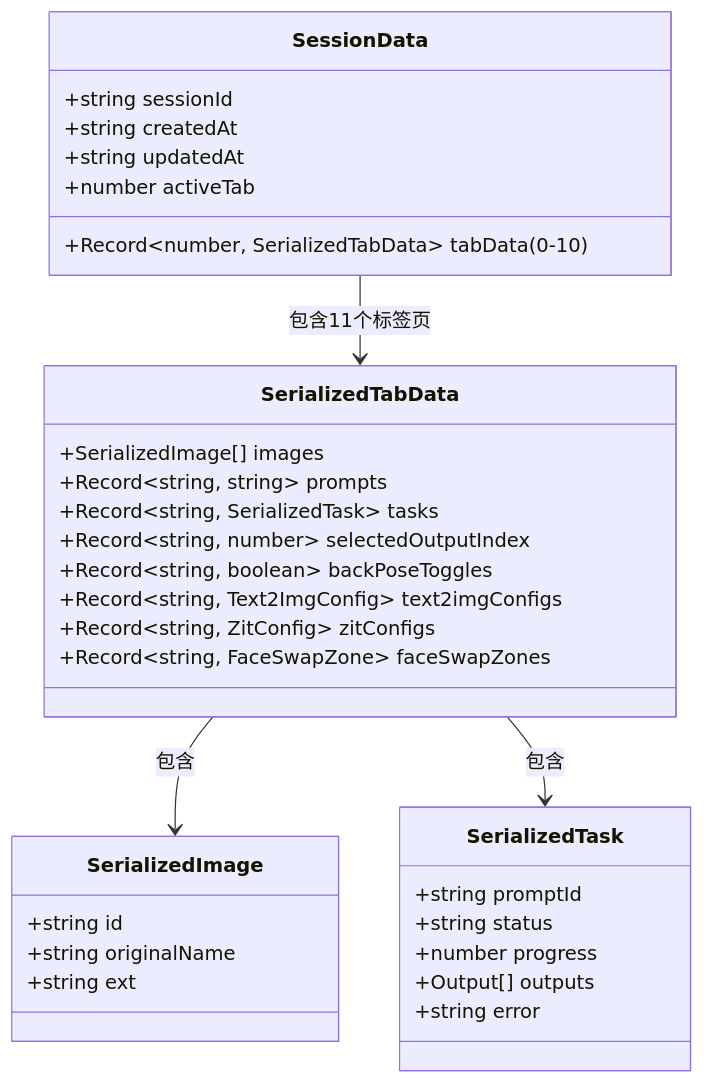
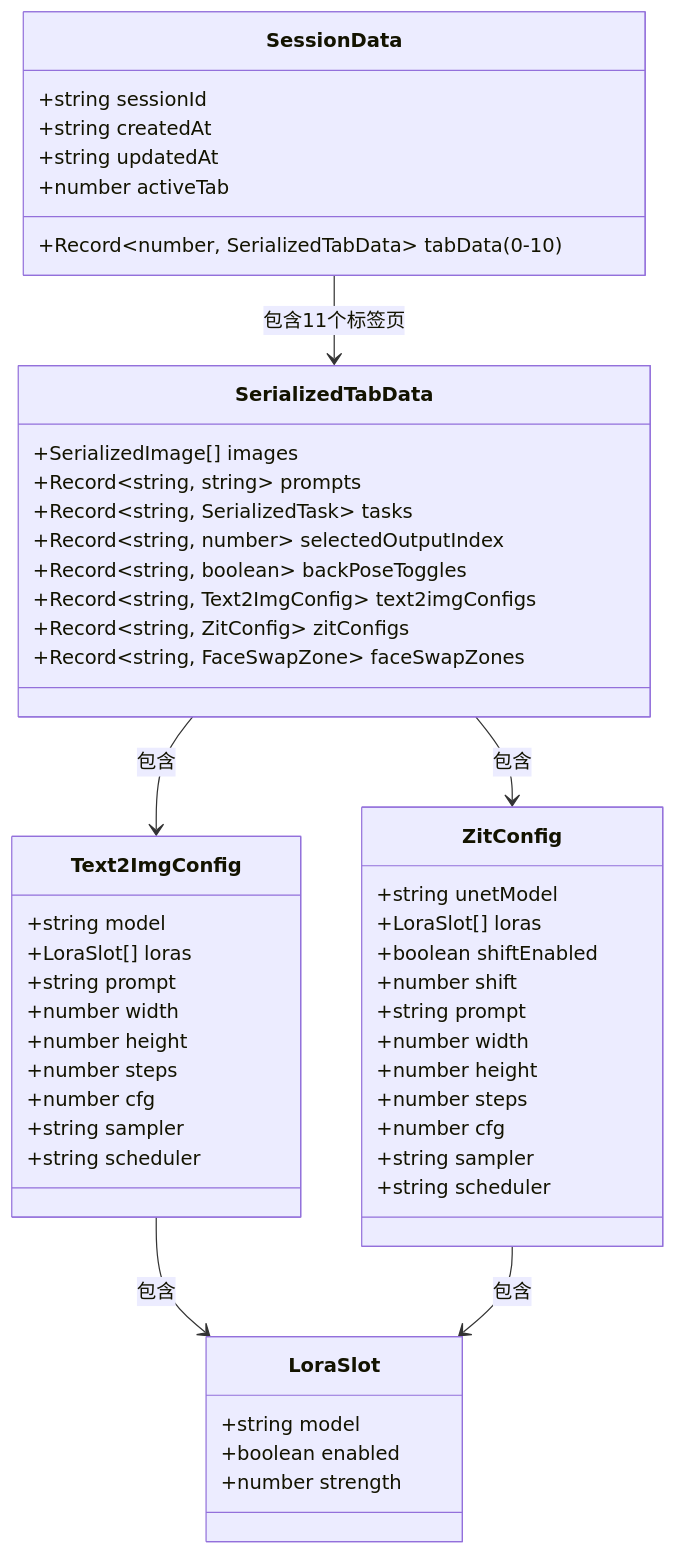
The fifth of 7 diagrams in .qoder/repowiki/zh/content/前端应用/状态管理系统/会话状态管理.md (billye220670/CorineKit_Pix2Real), drawn with Mermaid before and after one commit. The commit also changed other lines of this file and 43 other files, not shown here.

````diff
--- a/.qoder/repowiki/zh/content/前端应用/状态管理系统/会话状态管理.md
+++ b/.qoder/repowiki/zh/content/前端应用/状态管理系统/会话状态管理.md
@@ -242,35 +283,54 @@
 ```mermaid
 classDiagram
 class SessionData {
 +string sessionId
 +string createdAt
 +string updatedAt
 +number activeTab
 +Record~number, SerializedTabData~ tabData (0-10)
 }
 class SerializedTabData {
 +SerializedImage[] images
 +Record~string, string~ prompts
 +Record~string, SerializedTask~ tasks
 +Record~string, number~ selectedOutputIndex
 +Record~string, boolean~ backPoseToggles
 +Record~string, Text2ImgConfig~ text2imgConfigs
 +Record~string, ZitConfig~ zitConfigs
 +Record~string, FaceSwapZone~ faceSwapZones
 }
-class SerializedImage {
-+string id
-+string originalName
-+string ext
+class Text2ImgConfig {
++string model
++LoraSlot[] loras
++string prompt
++number width
++number height
++number steps
++number cfg
++string sampler
++string scheduler
 }
-class SerializedTask {
-+string promptId
-+string status
-+number progress
-+Output[] outputs
-+string error
+class ZitConfig {
++string unetModel
++LoraSlot[] loras
++boolean shiftEnabled
++number shift
++string prompt
++number width
++number height
++number steps
++number cfg
++string sampler
++string scheduler
+}
+class LoraSlot {
++string model
++boolean enabled
++number strength
 }
 SessionData --> SerializedTabData : 包含11个标签页
-SerializedTabData --> SerializedImage : 包含
-SerializedTabData --> SerializedTask : 包含
+SerializedTabData --> Text2ImgConfig : 包含
+SerializedTabData --> ZitConfig : 包含
+Text2ImgConfig --> LoraSlot : 包含
+ZitConfig --> LoraSlot : 包含
 ```
````
